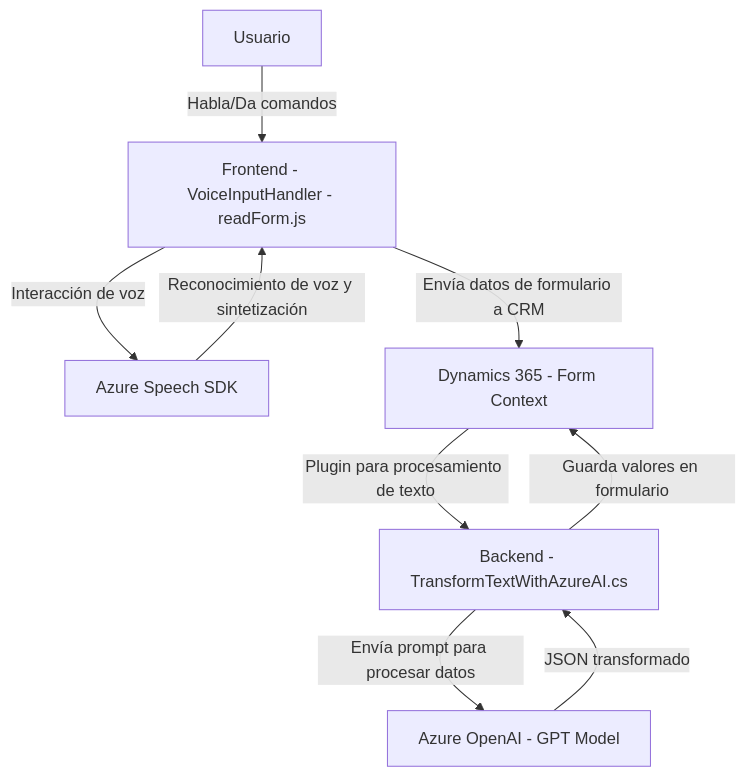
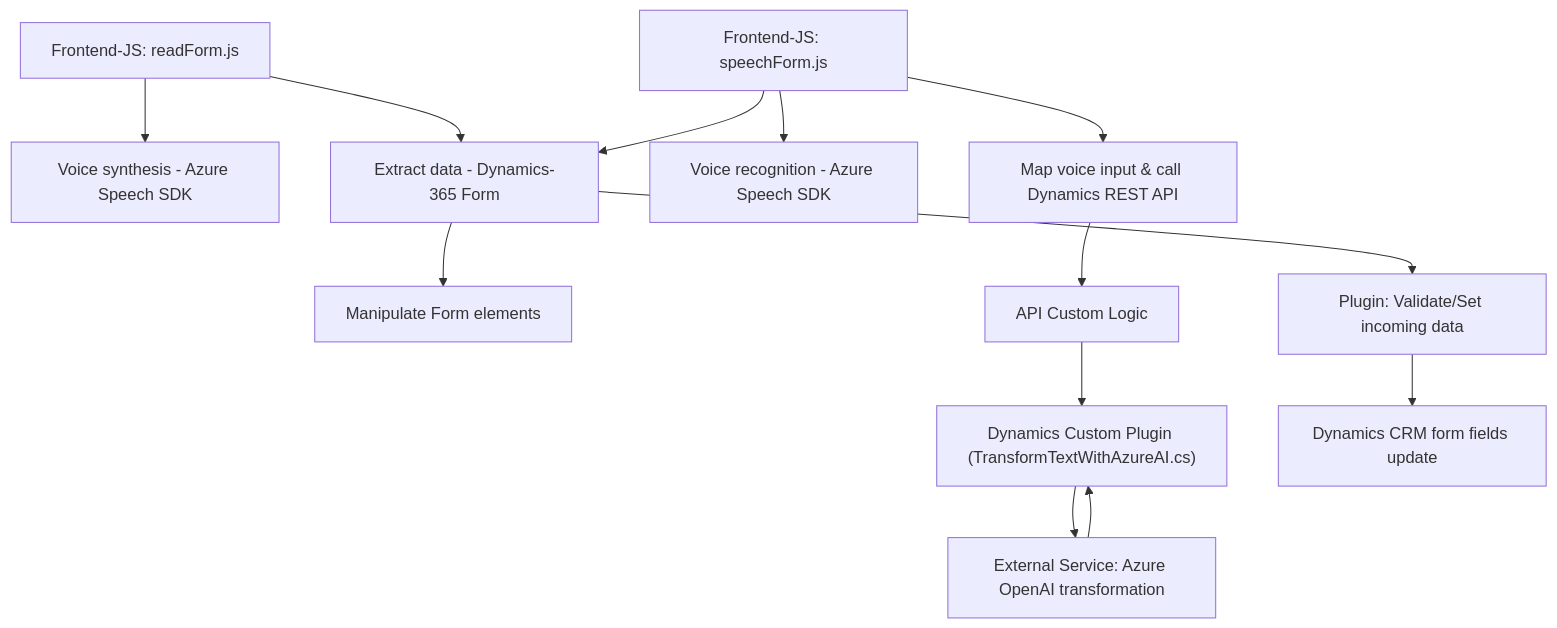
One commit to blopezdm/NETCORE_BILBAO2025 changed the diagram in README.md. Above: the diagram before and after it, drawn with Mermaid. The commit also changed other lines of this file, not shown here.

````diff
--- a/README.md
+++ b/README.md
@@ -40,10 +42,18 @@
 ```mermaid
 graph TD
-A["Frontend - VoiceInputHandler - readForm.js"] --> |Interacción de voz| B["Azure Speech SDK"]
-A --> |Envía datos de formulario a CRM| C["Dynamics 365 - Form Context"]
-B --> |Reconocimiento de voz y sintetización| A
-C --> |Plugin para procesamiento de texto| D["Backend - TransformTextWithAzureAI.cs"]
-D --> |Envía prompt para procesar datos| E["Azure OpenAI - GPT Model"]
-F["Usuario"] --> |Habla/Da comandos| A
-E --> |JSON transformado| D --> |Guarda valores en formulario| C
+  A["Frontend-JS: readForm.js"] --> B["Voice synthesis - Azure Speech SDK"]
+  A --> C["Extract data - Dynamics-365 Form"]
+  C --> D["Manipulate Form elements"]
+
+  E["Frontend-JS: speechForm.js"] --> F["Voice recognition - Azure Speech SDK"]
+  E --> C
+  E --> G["Map voice input & call Dynamics REST API"]
+  
+  G --> H["API Custom Logic"]
+  H --> I["Dynamics Custom Plugin (TransformTextWithAzureAI.cs)"]
+  I --> J["External Service: Azure OpenAI transformation"]
+  J --> I
+
+  C --> K["Plugin: Validate/Set incoming data"]
+  K --> L["Dynamics CRM form fields update"]
 ```
````
